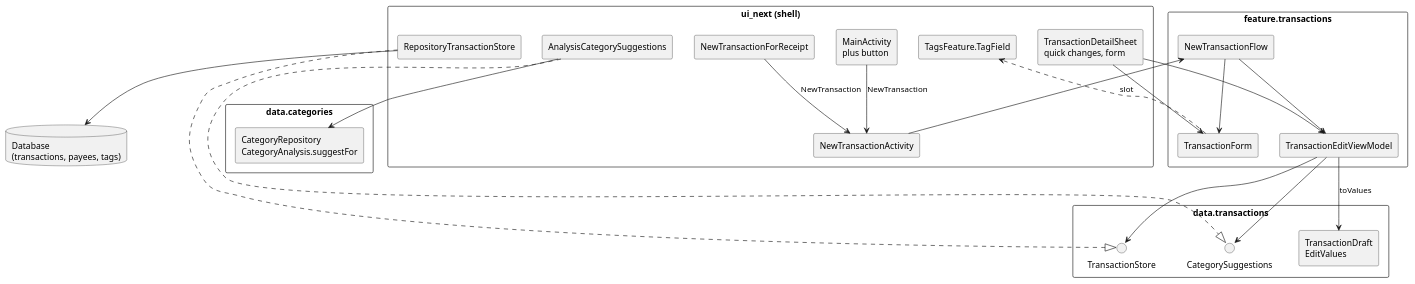
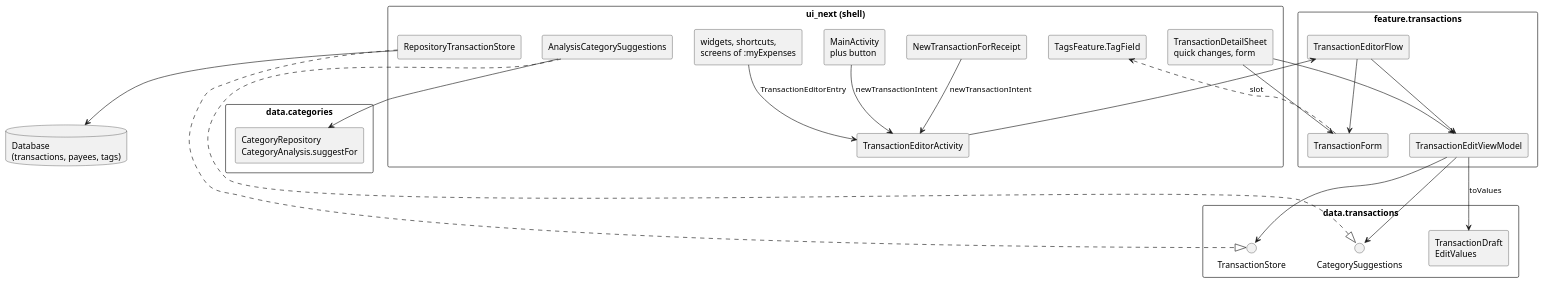
One commit to castn/MyExpenses changed the diagram in next/feature/transactions/src/main/java/org/totschnig/myexpenses/next/feature/transactions/editing.puml. Above: the diagram before and after it, drawn with PlantUML. The commit also changed 29 other files, not shown here.

First line of the commit message:
Open the new transaction editor from all remaining entries

```diff
--- a/next/feature/transactions/src/main/java/org/totschnig/myexpenses/next/feature/transactions/editing.puml
+++ b/next/feature/transactions/src/main/java/org/totschnig/myexpenses/next/feature/transactions/editing.puml
@@ -1,53 +1,55 @@
 @startuml editing
 ' Who enters and changes transactions by hand, see README.md in this package.
 
 skinparam componentStyle rectangle
 skinparam packageStyle rectangle
 skinparam shadowing false
 skinparam defaultFontName sans-serif
 top to bottom direction
 
 database "Database\n(transactions, payees, tags)" as db
 
 package "ui_next (shell)" {
   [MainActivity\nplus button] as main
   [TransactionDetailSheet\nquick changes, form] as sheet
-  [NewTransactionActivity] as activity
+  [TransactionEditorActivity] as activity
+  [widgets, shortcuts,\nscreens of :myExpenses] as entries
   [NewTransactionForReceipt] as receipt
   [RepositoryTransactionStore] as store
   [AnalysisCategorySuggestions] as suggestionsImpl
   [TagsFeature.TagField] as tagField
 }
 
 package "feature.transactions" {
-  [NewTransactionFlow] as flow
+  [TransactionEditorFlow] as flow
   [TransactionForm] as form
   [TransactionEditViewModel] as vm
 }
 
 package "data.transactions" {
   [TransactionDraft\nEditValues] as draft
   interface TransactionStore
   interface CategorySuggestions
 }
 
 package "data.categories" {
   [CategoryRepository\nCategoryAnalysis.suggestFor] as categories
 }
 
-main --> activity : NewTransaction
-receipt --> activity : NewTransaction
+main --> activity : newTransactionIntent
+entries --> activity : TransactionEditorEntry
+receipt --> activity : newTransactionIntent
 activity --> flow
 flow --> form
 sheet --> form
 form ..> tagField : slot
 flow --> vm
 sheet --> vm
 vm --> draft : toValues
 vm --> TransactionStore
 vm --> CategorySuggestions
 store ..|> TransactionStore
 suggestionsImpl ..|> CategorySuggestions
 suggestionsImpl --> categories
 store --> db
 @enduml
```
